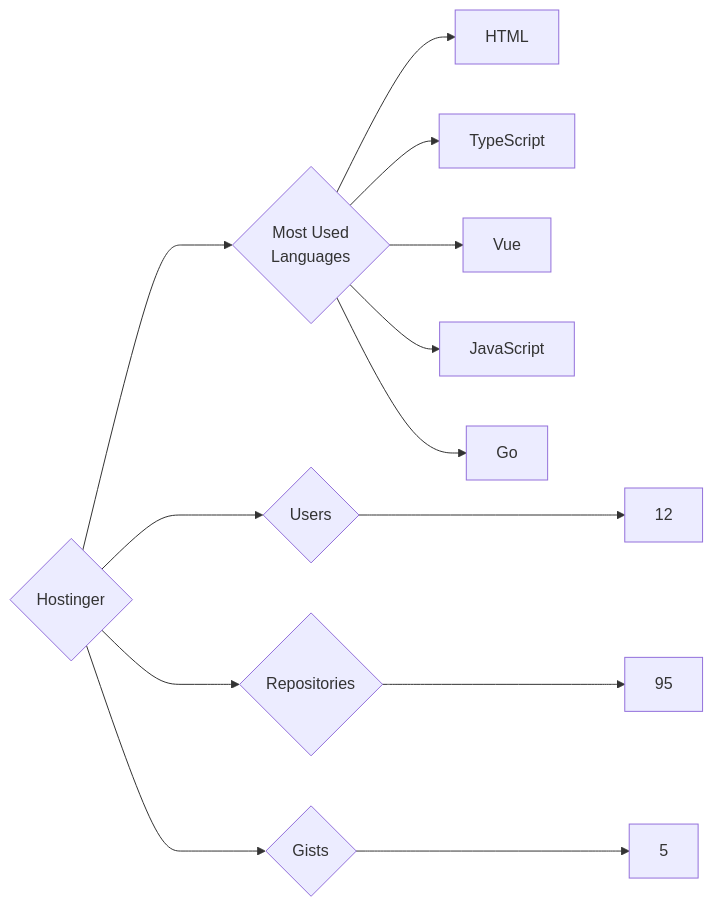
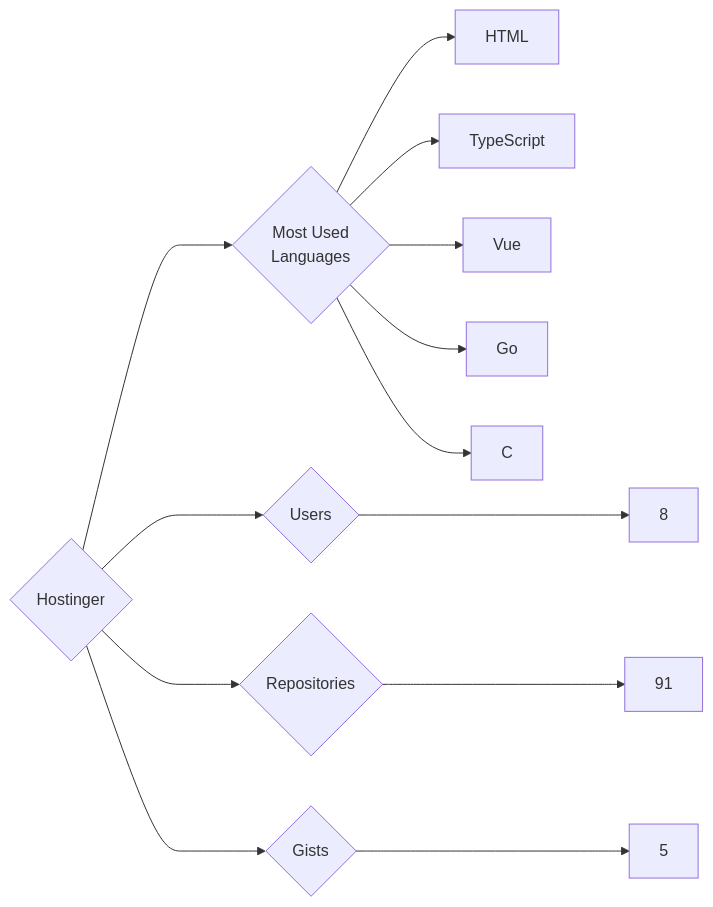
The diagram in targets/Hostinger/README.md (trickest/insiders), drawn with Mermaid before and after one commit. The commit also changed 640 other files, not shown here.

````diff
--- a/targets/Hostinger/README.md
+++ b/targets/Hostinger/README.md
@@ -3,13 +3,13 @@
 ```mermaid
 graph LR
 COMPANY_NAME{Hostinger}
-COMPANY_NAME ---> U{Users} ---> UN[12]
-COMPANY_NAME ---> R{Repositories} ---> RN[95]
+COMPANY_NAME ---> U{Users} ---> UN[8]
+COMPANY_NAME ---> R{Repositories} ---> RN[91]
 COMPANY_NAME ---> G{Gists} ---> GN[5]
 COMPANY_NAME ---> ML{Most Used<br>Languages}
 ML --> HTML[HTML]
 ML --> TypeScript[TypeScript]
 ML --> Vue[Vue]
-ML --> JavaScript[JavaScript]
 ML --> Go[Go]
+ML --> C[C]
 ```
````
